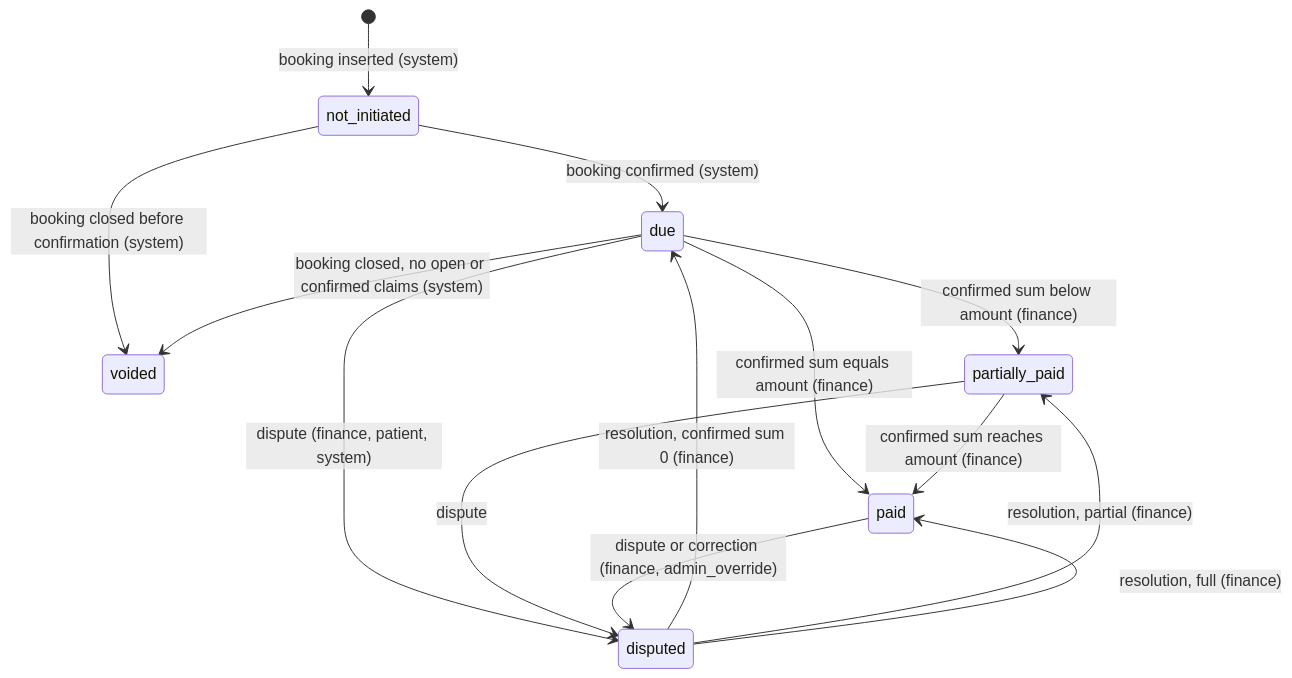
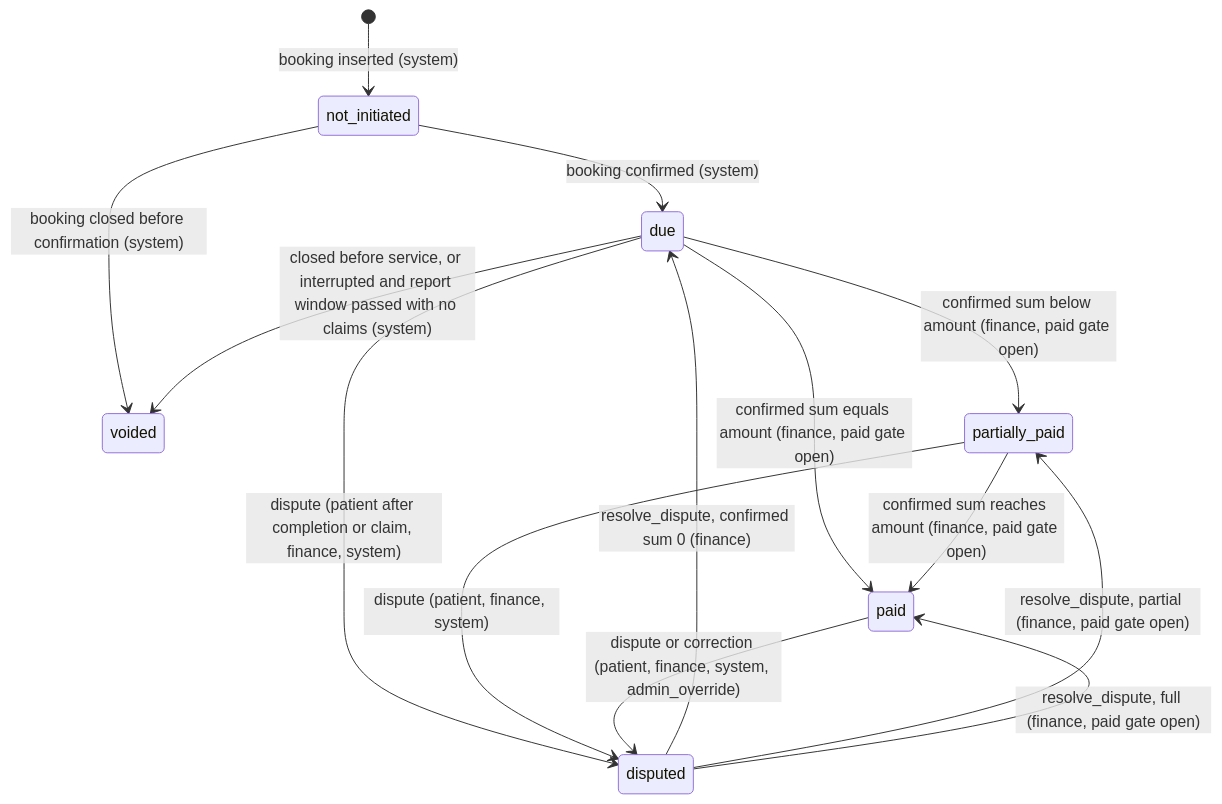
The first of 2 diagrams in docs/P01_DESIGN.md (VishnuVardhan-719/confidentinal_sc), drawn with Mermaid before and after one commit. The commit also changed other lines of this file, not shown here.

First line of the commit message:
P01 design v1.1: resolve adversarial review findings (docs only)

````diff
--- a/docs/P01_DESIGN.md
+++ b/docs/P01_DESIGN.md
@@ -230,18 +283,18 @@
 ```mermaid
 stateDiagram-v2
     accTitle: P01 payment obligation states
-    accDescr: Obligation is created with the booking, becomes due at confirmation, and moves to partially paid or paid only from confirmed collection sums. Gateway test mode does not change these states.
+    accDescr: Obligation is created with the booking, becomes due at confirmation, and can move to partially paid or paid only from confirmed collection sums and only when the paid gate is open. Disputes leave only through a finance resolution. Gateway test mode does not change these states.
     [*] --> not_initiated: booking inserted (system)
     not_initiated --> due: booking confirmed (system)
     not_initiated --> voided: booking closed before confirmation (system)
-    due --> partially_paid: confirmed sum below amount (finance)
-    due --> paid: confirmed sum equals amount (finance)
-    partially_paid --> paid: confirmed sum reaches amount (finance)
-    due --> voided: booking closed, no open or confirmed claims (system)
-    due --> disputed: dispute (finance, patient, system)
-    partially_paid --> disputed: dispute
-    paid --> disputed: dispute or correction (finance, admin_override)
-    disputed --> due: resolution, confirmed sum 0 (finance)
-    disputed --> partially_paid: resolution, partial (finance)
-    disputed --> paid: resolution, full (finance)
+    due --> partially_paid: confirmed sum below amount (finance, paid gate open)
+    due --> paid: confirmed sum equals amount (finance, paid gate open)
+    partially_paid --> paid: confirmed sum reaches amount (finance, paid gate open)
+    due --> voided: closed before service, or interrupted and report window passed with no claims (system)
+    due --> disputed: dispute (patient after completion or claim, finance, system)
+    partially_paid --> disputed: dispute (patient, finance, system)
+    paid --> disputed: dispute or correction (patient, finance, system, admin_override)
+    disputed --> due: resolve_dispute, confirmed sum 0 (finance)
+    disputed --> partially_paid: resolve_dispute, partial (finance, paid gate open)
+    disputed --> paid: resolve_dispute, full (finance, paid gate open)
 ```
````
